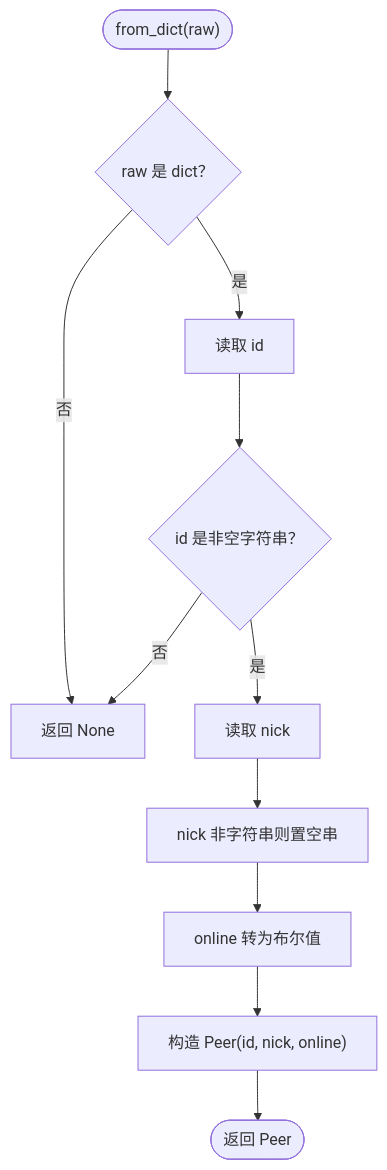
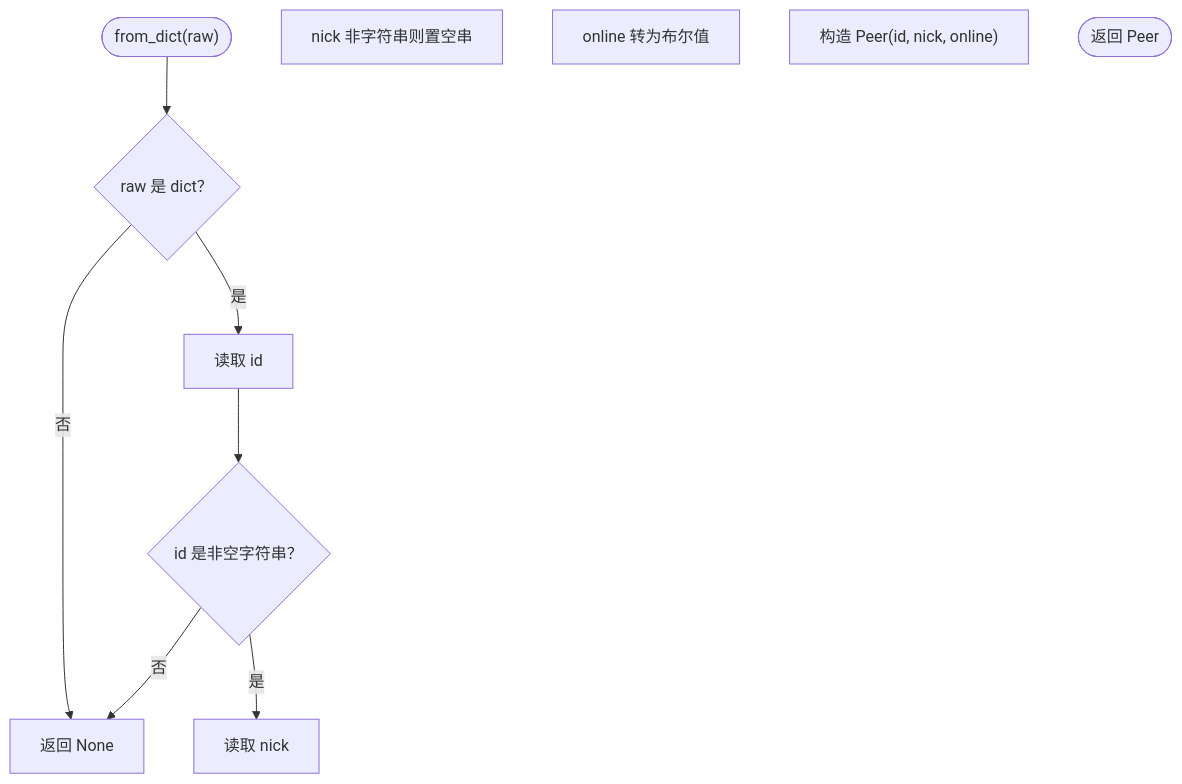
One commit to EMeowAGENT/vrchat-livetranslate changed the third of 6 diagrams in .qoder/repowiki/zh/content/房间协作功能/房间数据模型.md. Above: the diagram before and after it, drawn with Mermaid. The commit also changed other lines of this file and 75 other files, not shown here.

````diff
--- a/.qoder/repowiki/zh/content/房间协作功能/房间数据模型.md
+++ b/.qoder/repowiki/zh/content/房间协作功能/房间数据模型.md
@@ -188,13 +207,13 @@
 ```mermaid
 flowchart TD
 Start(["from_dict(raw)"]) --> CheckDict{"raw 是 dict？"}
 CheckDict --> |否| ReturnNone["返回 None"]
 CheckDict --> |是| GetId["读取 id"]
 GetId --> IdValid{"id 是非空字符串？"}
 IdValid --> |否| ReturnNone
 IdValid --> |是| GetNick["读取 nick"]
-GetNick --> NormalizeNick["nick 非字符串则置空串"]
-NormalizeNick --> OnlineBool["online 转为布尔值"]
-OnlineBool --> BuildPeer["构造 Peer(id, nick, online)"]
-BuildPeer --> End(["返回 Peer"])
+NormalizeNick["nick 非字符串则置空串"]
+OnlineBool["online 转为布尔值"]
+BuildPeer["构造 Peer(id, nick, online)"]
+End(["返回 Peer"])
 ```
````
